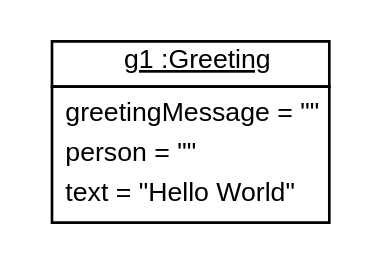
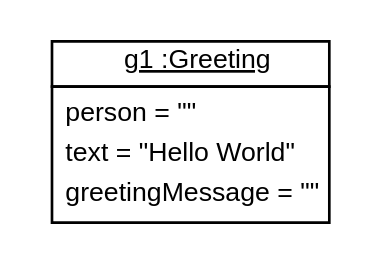
The diagram in doc/TTC2011HelloWorldConstantTransformation112.dot (fujaba/SDMLib), drawn with Graphviz before and after one commit. The commit also changed 39 other files, not shown here.

```diff
--- a/doc/TTC2011HelloWorldConstantTransformation112.dot
+++ b/doc/TTC2011HelloWorldConstantTransformation112.dot
@@ -1,8 +1,8 @@
 graph ObjectDiagram {
    node [shape = none, fontsize = 10, fontname = "Arial"];
    edge [fontsize = 10, fontname = "Arial"];
    compound=true;
 
-g1 [label=<<table border='0' cellborder='1' cellspacing='0'> <tr> <td href="../examples/org/sdmlib/examples/helloworld/Greeting.java"> <u>g1 :Greeting</u></td></tr><tr><td><table border='0' cellborder='0' cellspacing='0'><tr><td align='left'>greetingMessage = ""</td></tr><tr><td align='left'>person = ""</td></tr><tr><td align='left'>text = "Hello World"</td></tr></table></td></tr></table>>];
+g1 [label=<<table border='0' cellborder='1' cellspacing='0'> <tr> <td href="../examples/org/sdmlib/examples/helloworld/Greeting.java"> <u>g1 :Greeting</u></td></tr><tr><td><table border='0' cellborder='0' cellspacing='0'><tr><td align='left'>person = ""</td></tr><tr><td align='left'>text = "Hello World"</td></tr><tr><td align='left'>greetingMessage = ""</td></tr></table></td></tr></table>>];
 
 }
```
